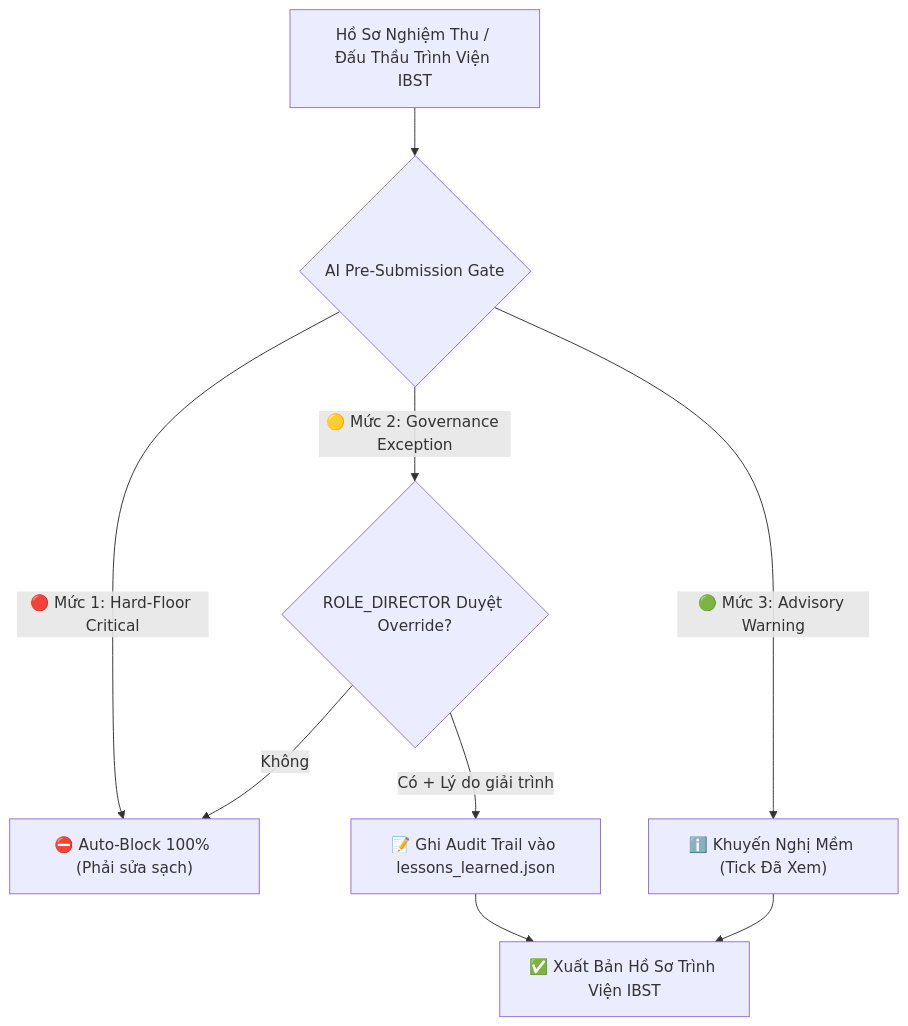
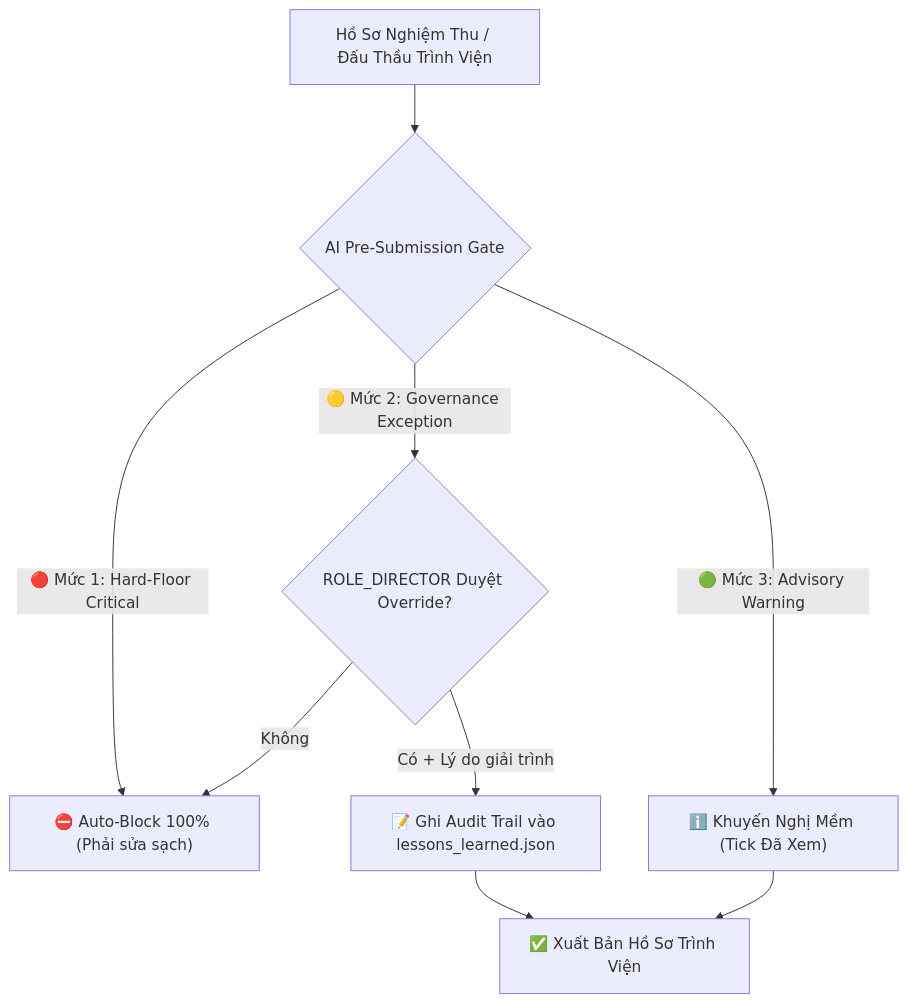
Before and after one commit to vvChu/ccba-agent-platform: the diagram in docs/adr/0042-tiered-ai-pre-submission-gate-and-tri-repo-sync.md, drawn with Mermaid. The commit also changed other lines of this file and 17 other files, not shown here.

````diff
--- a/docs/adr/0042-tiered-ai-pre-submission-gate-and-tri-repo-sync.md
+++ b/docs/adr/0042-tiered-ai-pre-submission-gate-and-tri-repo-sync.md
@@ -31,13 +31,13 @@
 ```mermaid
 graph TD
-    Submittal["Hồ Sơ Nghiệm Thu / Đấu Thầu Trình Viện IBST"] --> Gate{"AI Pre-Submission Gate"}
+    Submittal["Hồ Sơ Nghiệm Thu / Đấu Thầu Trình Viện"] --> Gate{"AI Pre-Submission Gate"}
     
     Gate -- "🔴 Mức 1: Hard-Floor Critical" --> Block["⛔ Auto-Block 100% (Phải sửa sạch)"]
     Gate -- "🟡 Mức 2: Governance Exception" --> DirectorAuth{"ROLE_DIRECTOR Duyệt Override?"}
     DirectorAuth -- "Có + Lý do giải trình" --> AuditTrail["📝 Ghi Audit Trail vào lessons_learned.json"]
     DirectorAuth -- "Không" --> Block
     Gate -- "🟢 Mức 3: Advisory Warning" --> SoftWarn["ℹ️ Khuyến Nghị Mềm (Tick Đã Xem)"]
     
-    AuditTrail --> Approved["✅ Xuất Bản Hồ Sơ Trình Viện IBST"]
+    AuditTrail --> Approved["✅ Xuất Bản Hồ Sơ Trình Viện"]
     SoftWarn --> Approved
 ```
````
